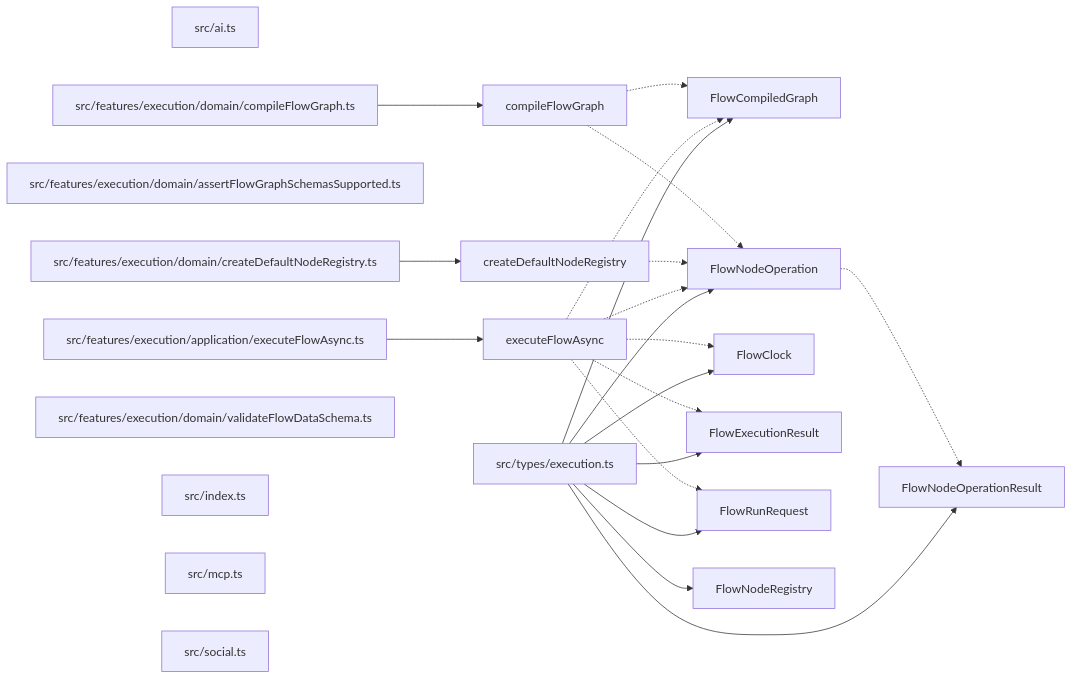
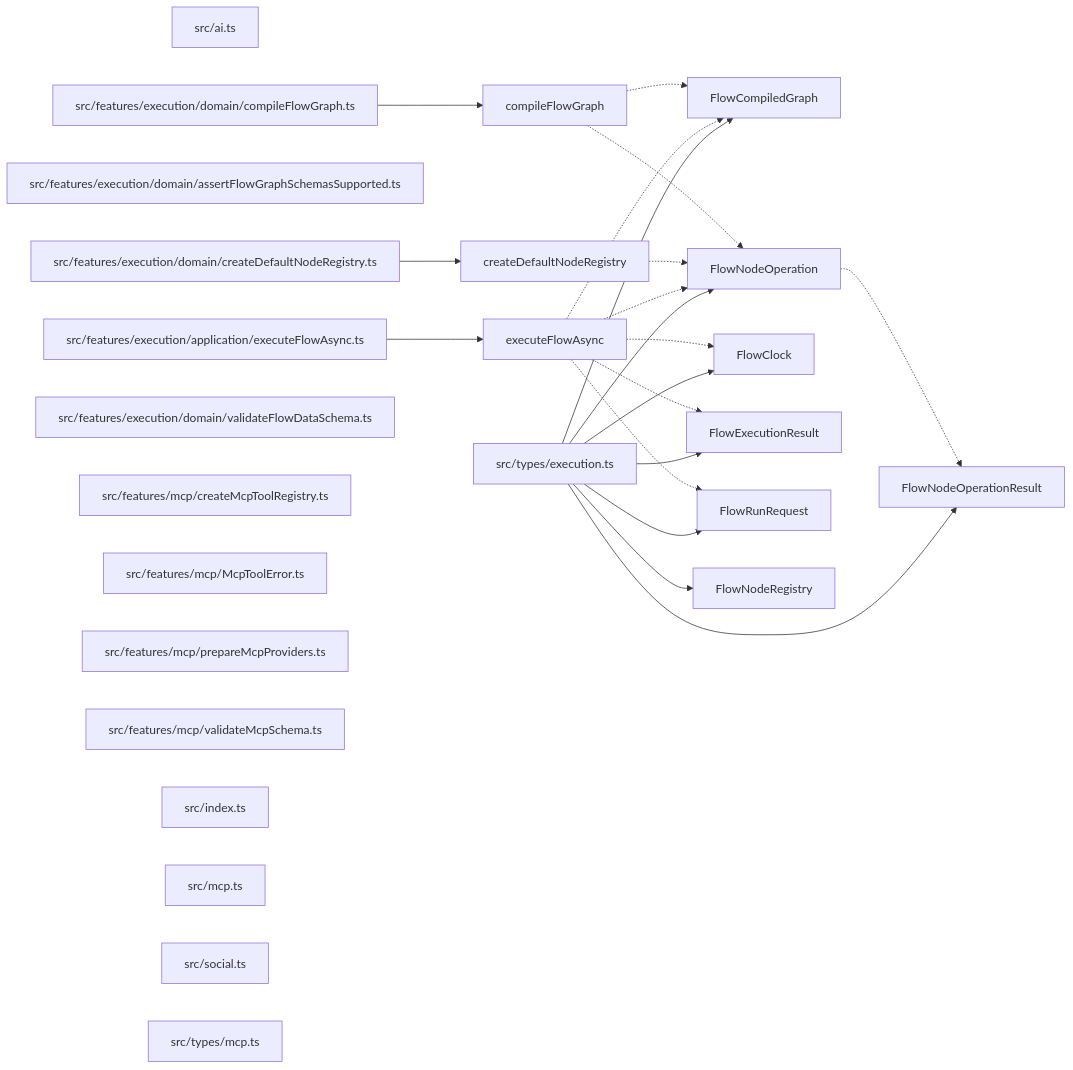
One commit to ankhorage/flow changed the diagram in paradox/diagrams/export-graph.mmd. Above: the diagram before and after it, drawn with Mermaid. The commit also changed 9 other files, not shown here.

```diff
--- a/paradox/diagrams/export-graph.mmd
+++ b/paradox/diagrams/export-graph.mmd
@@ -1,40 +1,45 @@
 graph LR
   module_src_ai_ts["src/ai.ts"]
   module_src_features_execution_application_executeFlowAsync_ts["src/features/execution/application/executeFlowAsync.ts"]
   module_src_features_execution_domain_assertFlowGraphSchemasSupported_ts["src/features/execution/domain/assertFlowGraphSchemasSupported.ts"]
   module_src_features_execution_domain_compileFlowGraph_ts["src/features/execution/domain/compileFlowGraph.ts"]
   module_src_features_execution_domain_createDefaultNodeRegistry_ts["src/features/execution/domain/createDefaultNodeRegistry.ts"]
   module_src_features_execution_domain_validateFlowDataSchema_ts["src/features/execution/domain/validateFlowDataSchema.ts"]
+  module_src_features_mcp_createMcpToolRegistry_ts["src/features/mcp/createMcpToolRegistry.ts"]
+  module_src_features_mcp_McpToolError_ts["src/features/mcp/McpToolError.ts"]
+  module_src_features_mcp_prepareMcpProviders_ts["src/features/mcp/prepareMcpProviders.ts"]
+  module_src_features_mcp_validateMcpSchema_ts["src/features/mcp/validateMcpSchema.ts"]
   module_src_index_ts["src/index.ts"]
   module_src_mcp_ts["src/mcp.ts"]
   module_src_social_ts["src/social.ts"]
   module_src_types_execution_ts["src/types/execution.ts"]
+  module_src_types_mcp_ts["src/types/mcp.ts"]
   export_compileFlowGraph["compileFlowGraph"]
   module_src_features_execution_domain_compileFlowGraph_ts --> export_compileFlowGraph
   export_compileFlowGraph -.-> export_FlowCompiledGraph
   export_compileFlowGraph -.-> export_FlowNodeOperation
   export_createDefaultNodeRegistry["createDefaultNodeRegistry"]
   module_src_features_execution_domain_createDefaultNodeRegistry_ts --> export_createDefaultNodeRegistry
   export_createDefaultNodeRegistry -.-> export_FlowNodeOperation
   export_executeFlowAsync["executeFlowAsync"]
   module_src_features_execution_application_executeFlowAsync_ts --> export_executeFlowAsync
   export_executeFlowAsync -.-> export_FlowClock
   export_executeFlowAsync -.-> export_FlowCompiledGraph
   export_executeFlowAsync -.-> export_FlowExecutionResult
   export_executeFlowAsync -.-> export_FlowNodeOperation
   export_executeFlowAsync -.-> export_FlowRunRequest
   export_FlowClock["FlowClock"]
   module_src_types_execution_ts --> export_FlowClock
   export_FlowCompiledGraph["FlowCompiledGraph"]
   module_src_types_execution_ts --> export_FlowCompiledGraph
   export_FlowExecutionResult["FlowExecutionResult"]
   module_src_types_execution_ts --> export_FlowExecutionResult
   export_FlowNodeOperation["FlowNodeOperation"]
   module_src_types_execution_ts --> export_FlowNodeOperation
   export_FlowNodeOperation -.-> export_FlowNodeOperationResult
   export_FlowNodeOperationResult["FlowNodeOperationResult"]
   module_src_types_execution_ts --> export_FlowNodeOperationResult
   export_FlowNodeRegistry["FlowNodeRegistry"]
   module_src_types_execution_ts --> export_FlowNodeRegistry
   export_FlowRunRequest["FlowRunRequest"]
   module_src_types_execution_ts --> export_FlowRunRequest
```
